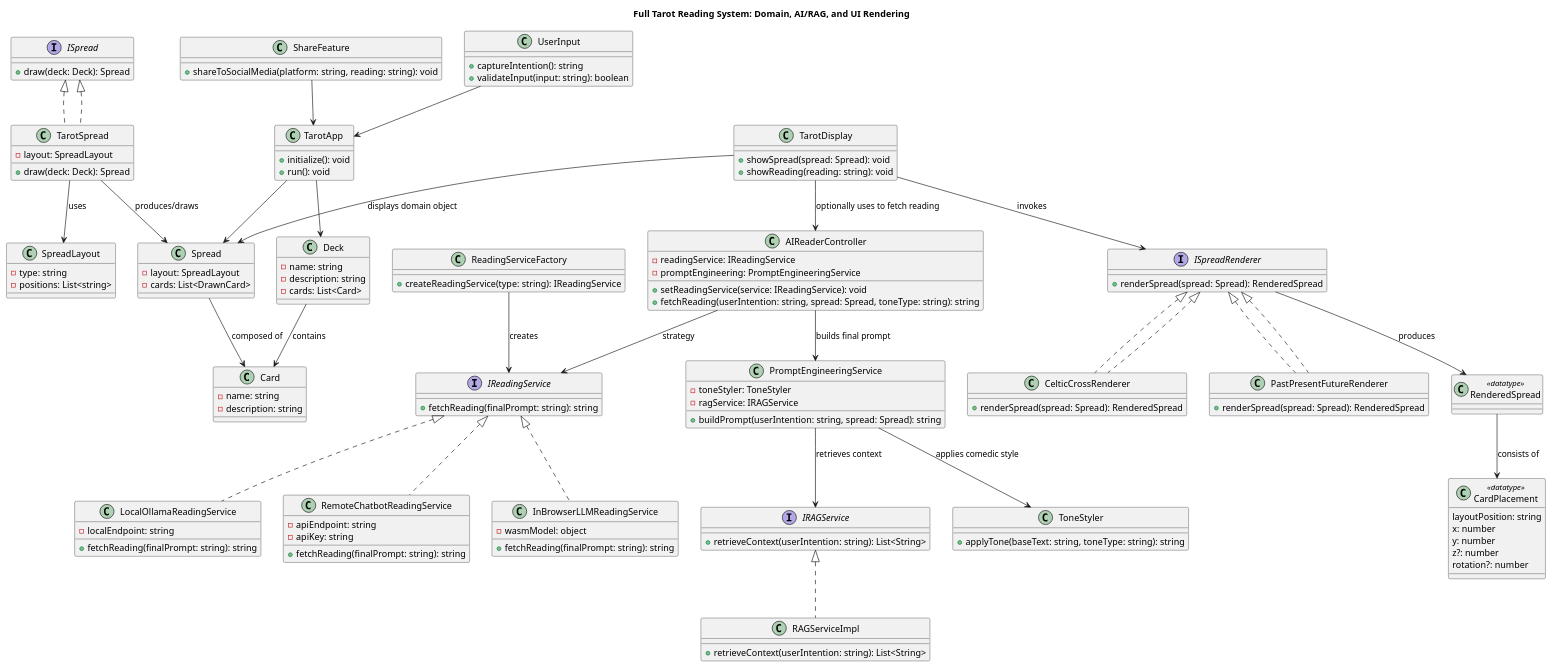
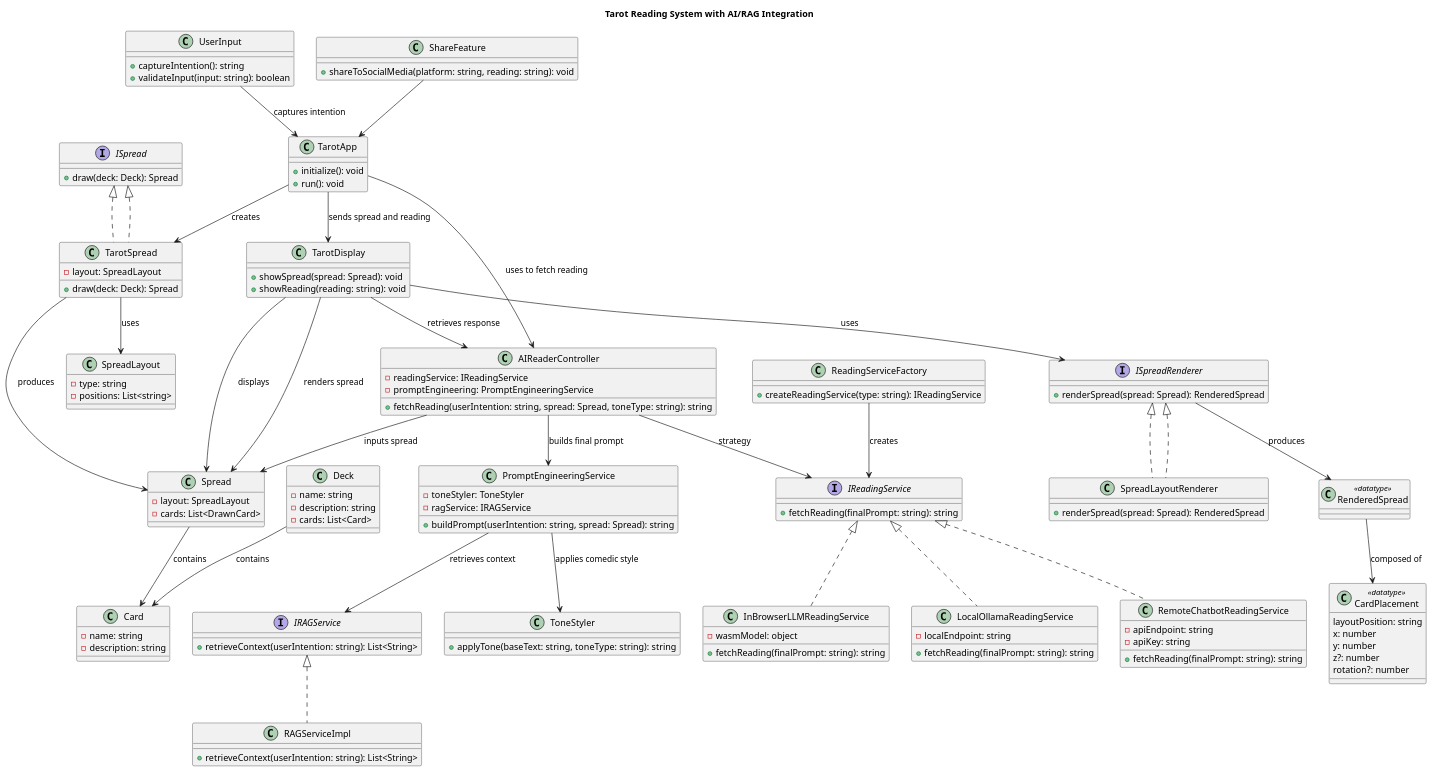
Before and after one commit to ChopkinsAtMethod/tarote: the diagram in umlSpecs/frontend.puml, drawn with PlantUML. The commit also changed 12 other files, not shown here.

```diff
--- a/umlSpecs/frontend.puml
+++ b/umlSpecs/frontend.puml
@@ -1,168 +1,165 @@
 @startuml
-title "Full Tarot Reading System: Domain, AI/RAG, and UI Rendering"
+title "Tarot Reading System with AI/RAG Integration"
 
 ' ------------------- DOMAIN LAYER -------------------
 
 class Card {
   - name: string
   - description: string
-  ' orientation & position assigned only when drawn
 }
 
 class Deck {
   - name: string
   - description: string
   - cards: List<Card>
 }
 
 class SpreadLayout {
   - type: string
   - positions: List<string>
 }
 
 interface ISpread {
   + draw(deck: Deck): Spread
 }
 
 class TarotSpread implements ISpread {
   - layout: SpreadLayout
   + draw(deck: Deck): Spread
 }
 
 class Spread {
   - layout: SpreadLayout
   - cards: List<DrawnCard>
-  ' (DrawnCard = Card + assigned orientation/position)
 }
 
 ' ------------------- AI & RAG LAYER -------------------
 
 interface IReadingService {
   + fetchReading(finalPrompt: string): string
 }
 
 class LocalOllamaReadingService {
   - localEndpoint: string
   + fetchReading(finalPrompt: string): string
 }
 
 class RemoteChatbotReadingService {
   - apiEndpoint: string
   - apiKey: string
   + fetchReading(finalPrompt: string): string
 }
 
 class InBrowserLLMReadingService {
   - wasmModel: object
   + fetchReading(finalPrompt: string): string
 }
 
 class ReadingServiceFactory {
   + createReadingService(type: string): IReadingService
 }
 
 interface IRAGService {
   + retrieveContext(userIntention: string): List<String>
 }
 
 class RAGServiceImpl {
   + retrieveContext(userIntention: string): List<String>
 }
 
 class PromptEngineeringService {
   - toneStyler: ToneStyler
   - ragService: IRAGService
   + buildPrompt(userIntention: string, spread: Spread): string
 }
 
 class ToneStyler {
   + applyTone(baseText: string, toneType: string): string
 }
 
 class AIReaderController {
   - readingService: IReadingService
   - promptEngineering: PromptEngineeringService
-  + setReadingService(service: IReadingService): void
   + fetchReading(userIntention: string, spread: Spread, toneType: string): string
 }
 
 ' ------------------- UI & RENDERING LAYER -------------------
 
 interface ISpreadRenderer {
   + renderSpread(spread: Spread): RenderedSpread
 }
 
-class CelticCrossRenderer implements ISpreadRenderer {
-  + renderSpread(spread: Spread): RenderedSpread
-}
-
-class PastPresentFutureRenderer implements ISpreadRenderer {
+class SpreadLayoutRenderer implements ISpreadRenderer {
   + renderSpread(spread: Spread): RenderedSpread
 }
 
 class CardPlacement <<datatype>> {
   layoutPosition: string
   x: number
   y: number
   z?: number
   rotation?: number
 }
 
 class RenderedSpread <<datatype>> {
-  ' This can be an array of CardPlacement or a ReactElement tree
+  ' Contains CardPlacement for visual rendering
 }
 
 class TarotDisplay {
   + showSpread(spread: Spread): void
   + showReading(reading: string): void
 }
 
 class UserInput {
   + captureIntention(): string
   + validateInput(input: string): boolean
 }
 
 class ShareFeature {
   + shareToSocialMedia(platform: string, reading: string): void
 }
 
 class TarotApp {
   + initialize(): void
   + run(): void
 }
 
 ' ------------------- RELATIONSHIPS -------------------
 
 ' Domain
 ISpread <|.. TarotSpread
 TarotSpread --> SpreadLayout : "uses"
-TarotSpread --> Spread : "produces/draws"
-Spread --> Card : "composed of"
+TarotSpread --> Spread : "produces"
+Spread --> Card : "contains"
 Deck --> Card : "contains"
 
 ' AI & RAG
 IReadingService <|.. LocalOllamaReadingService
 IReadingService <|.. RemoteChatbotReadingService
 IReadingService <|.. InBrowserLLMReadingService
 ReadingServiceFactory --> IReadingService : "creates"
 
 IRAGService <|.. RAGServiceImpl
 PromptEngineeringService --> IRAGService : "retrieves context"
 PromptEngineeringService --> ToneStyler : "applies comedic style"
 AIReaderController --> IReadingService : "strategy"
 AIReaderController --> PromptEngineeringService : "builds final prompt"
 
-' UI & Rendering
-ISpreadRenderer <|.. CelticCrossRenderer
-ISpreadRenderer <|.. PastPresentFutureRenderer
+' Rendering
+ISpreadRenderer <|.. SpreadLayoutRenderer
 ISpreadRenderer --> RenderedSpread : "produces"
-RenderedSpread --> CardPlacement : "consists of"
-TarotDisplay --> ISpreadRenderer : "invokes"
-TarotDisplay --> Spread : "displays domain object"
-TarotDisplay --> AIReaderController : "optionally uses to fetch reading"
-UserInput --> TarotApp
+RenderedSpread --> CardPlacement : "composed of"
+TarotDisplay --> ISpreadRenderer : "uses"
+TarotDisplay --> Spread : "displays"
+
+' Connections between layers
+UserInput --> TarotApp : "captures intention"
+TarotApp --> TarotSpread : "creates"
+TarotApp --> AIReaderController : "uses to fetch reading"
+TarotApp --> TarotDisplay : "sends spread and reading"
+AIReaderController --> Spread : "inputs spread"
+TarotDisplay --> Spread : "renders spread"
+TarotDisplay --> AIReaderController : "retrieves response"
 ShareFeature --> TarotApp
-TarotApp --> Deck
-TarotApp --> Spread
 
 @enduml
```
